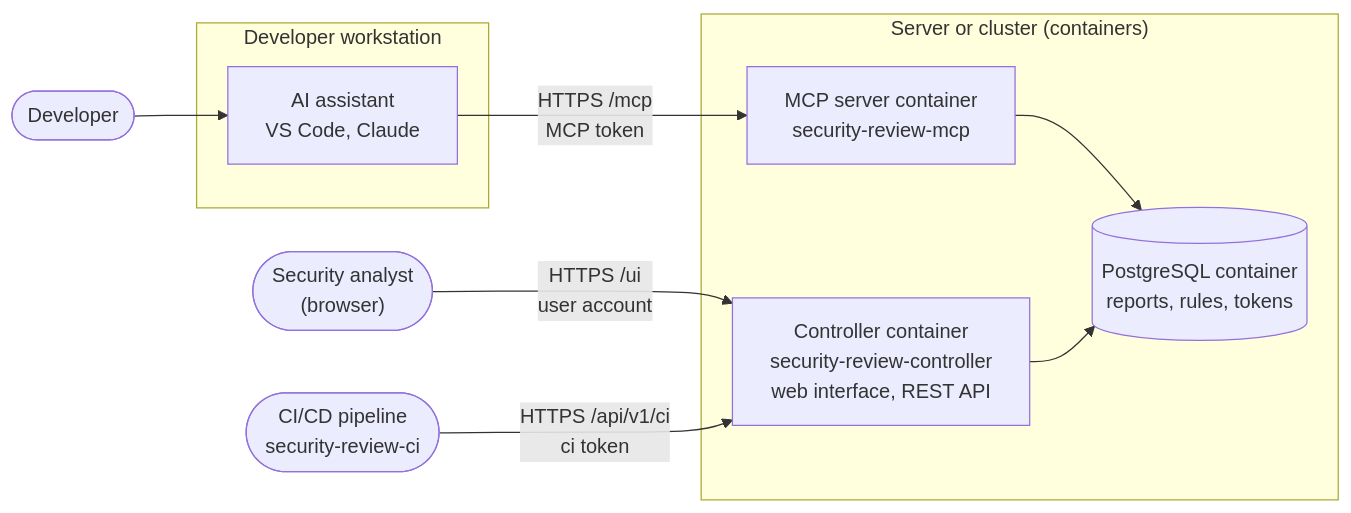
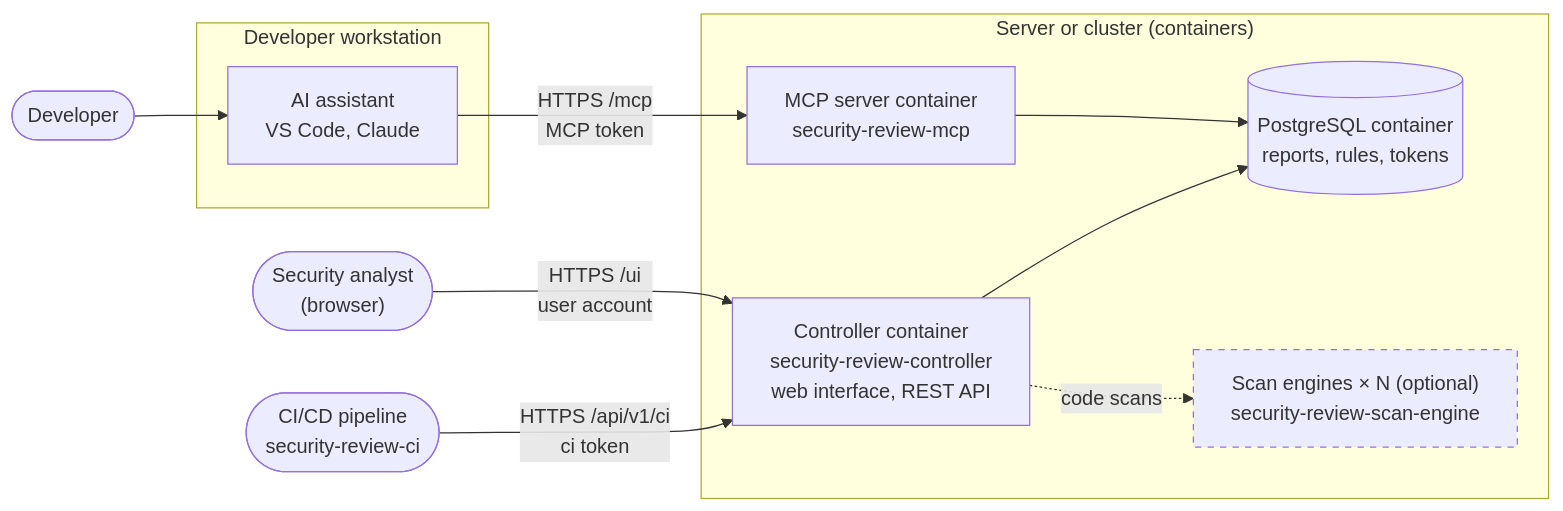
Before and after one commit to cyr-ius/security-review: the second of 2 diagrams in docs/services.md, drawn with Mermaid. The commit also changed other lines of this file and 6 other files, not shown here.

First line of the commit message:
docs: add the scan engines to the services page

````diff
--- a/docs/services.md
+++ b/docs/services.md
@@ -31,19 +37,22 @@
 ```mermaid
 flowchart LR
     dev(["Developer"]) --> agent
     subgraph ws["Developer workstation"]
         agent["AI assistant<br/>VS Code, Claude"]
     end
     analyst(["Security analyst<br/>(browser)"])
     ci(["CI/CD pipeline<br/>security-review-ci"])
     subgraph srv["Server or cluster (containers)"]
         mcp["MCP server container<br/>security-review-mcp"]
         ctl["Controller container<br/>security-review-controller<br/>web interface, REST API"]
         pg[("PostgreSQL container<br/>reports, rules, tokens")]
+        eng["Scan engines × N (optional)<br/>security-review-scan-engine"]
     end
     agent -- "HTTPS /mcp<br/>MCP token" --> mcp
     analyst -- "HTTPS /ui<br/>user account" --> ctl
     ci -- "HTTPS /api/v1/ci<br/>ci token" --> ctl
     mcp --> pg
     ctl --> pg
+    ctl -. "code scans" .-> eng
+    style eng stroke-dasharray: 5 5
 ```
````
